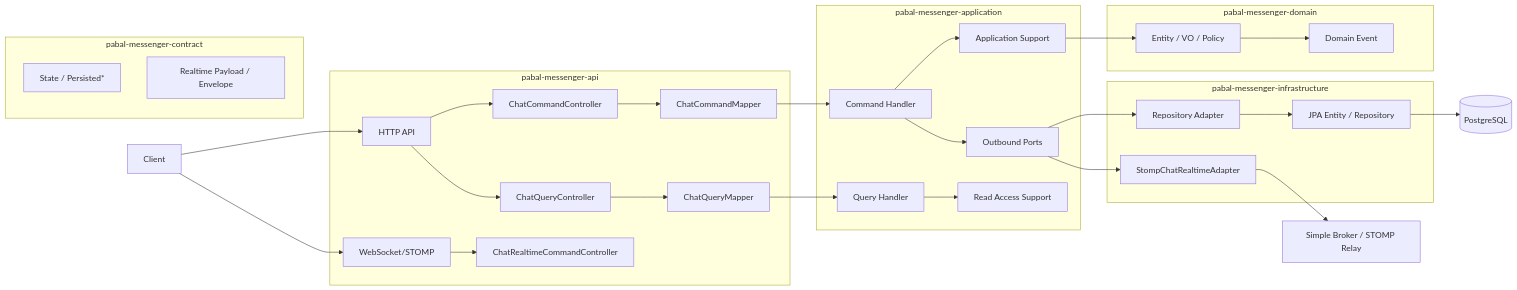
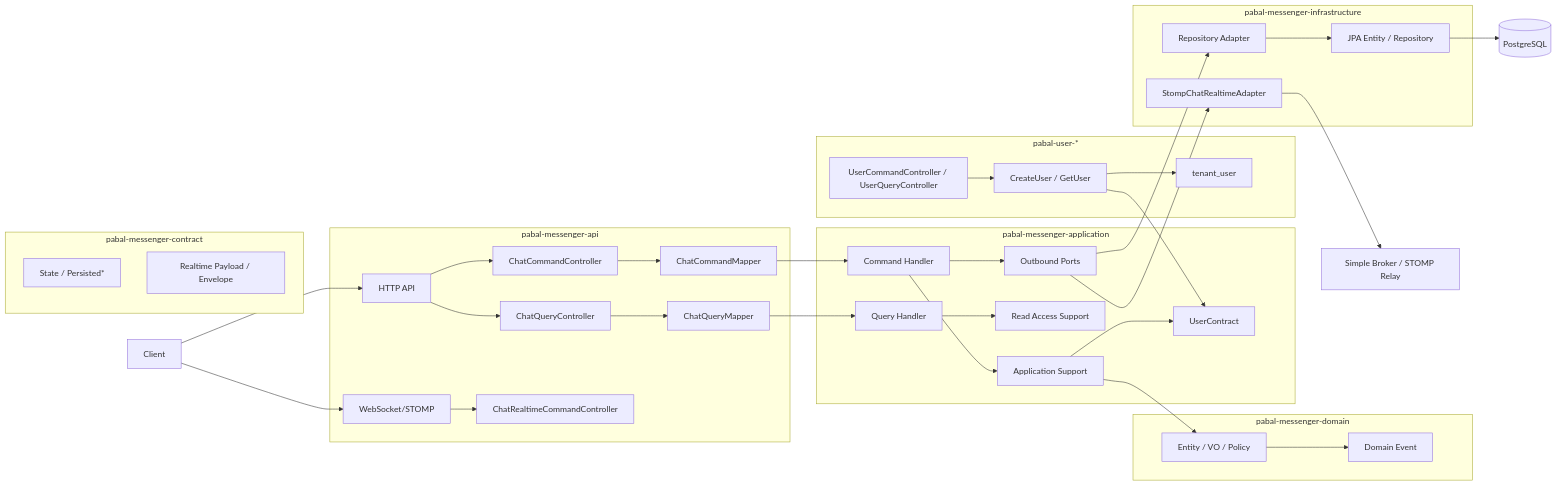
One commit to woojun-k/pabal changed the diagram in docs/architecture/overview.md. Above: the diagram before and after it, drawn with Mermaid. The commit also changed other lines of this file and 112 other files, not shown here.

````diff
--- a/docs/architecture/overview.md
+++ b/docs/architecture/overview.md
@@ -42,40 +42,47 @@
 ```mermaid
 flowchart LR
     client["Client"] --> http["HTTP API"]
     client --> ws["WebSocket/STOMP"]
 
     subgraph API["pabal-messenger-api"]
         http --> commandController["ChatCommandController"]
         http --> queryController["ChatQueryController"]
         ws --> realtimeController["ChatRealtimeCommandController"]
         commandController --> commandMapper["ChatCommandMapper"]
         queryController --> queryMapper["ChatQueryMapper"]
     end
 
     subgraph APP["pabal-messenger-application"]
         commandMapper --> commandHandler["Command Handler"]
         queryMapper --> queryHandler["Query Handler"]
         commandHandler --> support["Application Support"]
         queryHandler --> readSupport["Read Access Support"]
         commandHandler --> ports["Outbound Ports"]
+        support --> userContract["UserContract"]
+    end
+
+    subgraph USER["pabal-user-*"]
+        userApi["UserCommandController / UserQueryController"] --> userApp["CreateUser / GetUser"]
+        userApp --> tenantUser["tenant_user"]
+        userApp --> userContract
     end
 
     subgraph DOMAIN["pabal-messenger-domain"]
         support --> model["Entity / VO / Policy"]
         model --> events["Domain Event"]
     end
 
     subgraph CONTRACT["pabal-messenger-contract"]
         state["State / Persisted*"]
         realtime["Realtime Payload / Envelope"]
     end
 
     subgraph INFRA["pabal-messenger-infrastructure"]
         ports --> repoAdapter["Repository Adapter"]
         repoAdapter --> jpa["JPA Entity / Repository"]
         ports --> stomp["StompChatRealtimeAdapter"]
     end
 
     jpa --> db[(PostgreSQL)]
     stomp --> broker["Simple Broker / STOMP Relay"]
 ```
````
